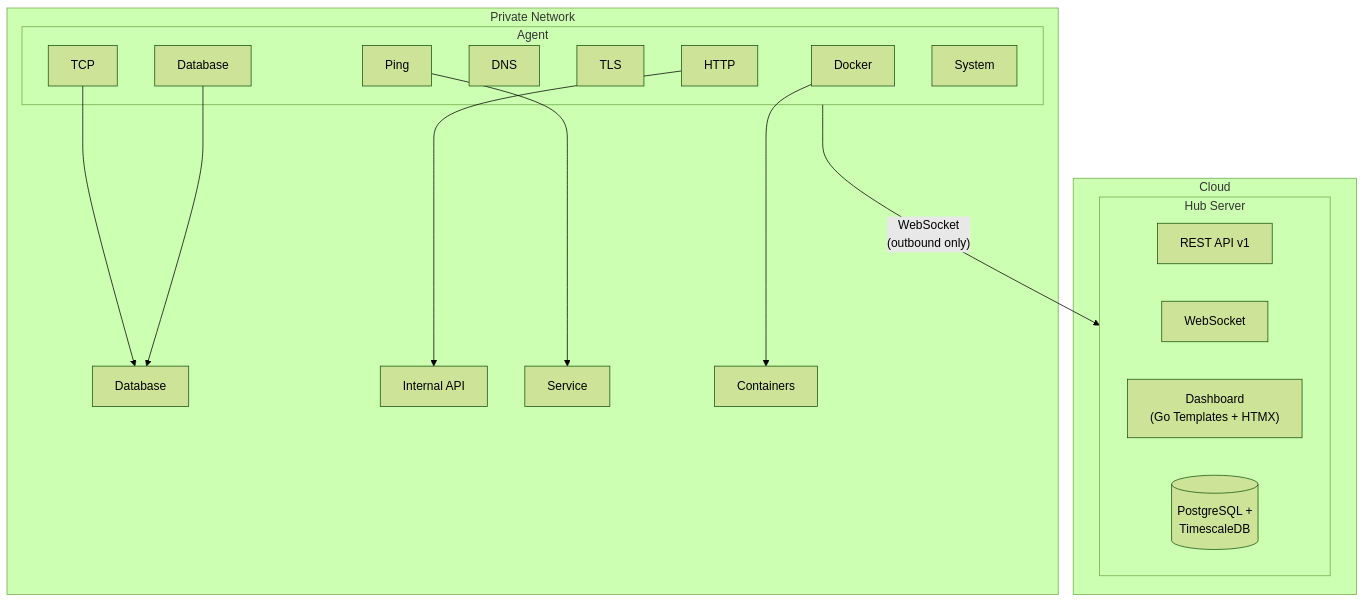
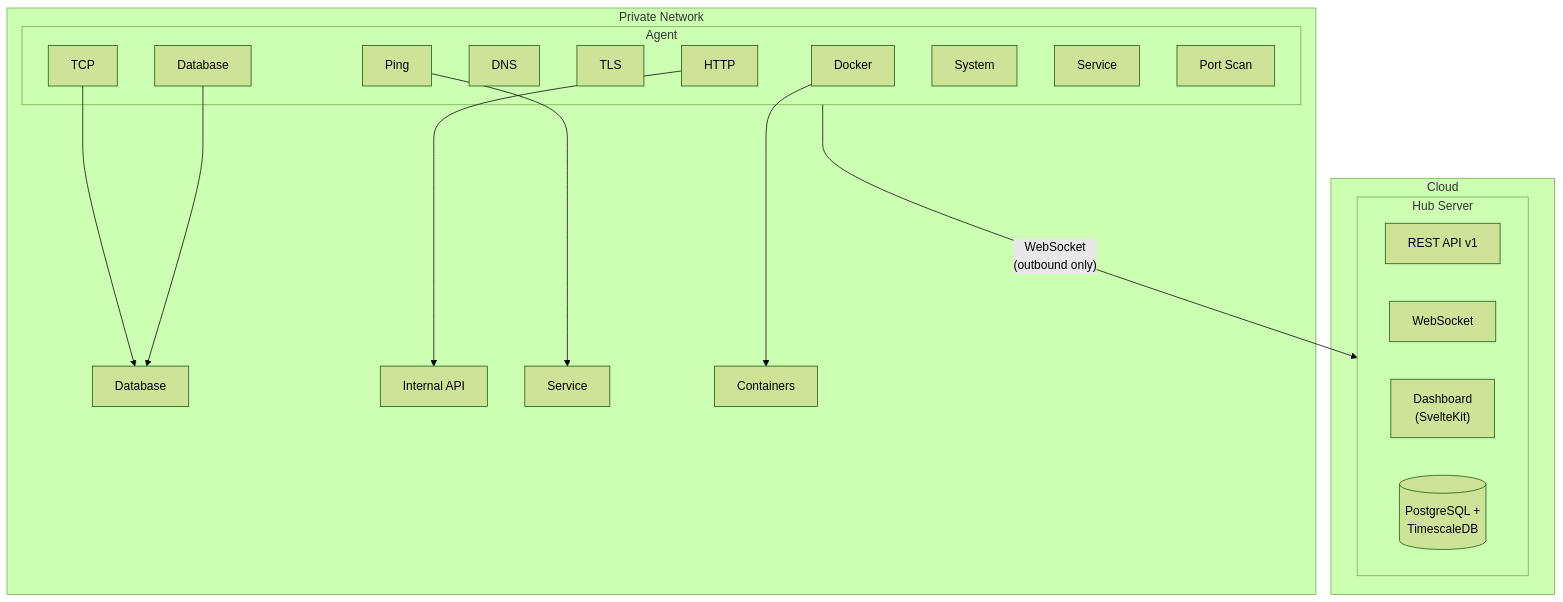
Before and after one commit to sylvester-francis/Watchdog: the second of 2 diagrams in README.md, drawn with Mermaid (forest theme). The commit also changed other lines of this file, not shown here.

````diff
--- a/README.md
+++ b/README.md
@@ -89,35 +91,37 @@
 ```mermaid
 graph TB
     subgraph Cloud
         subgraph Hub["Hub Server"]
             API["REST API v1"]
             WS["WebSocket"]
-            Dash["Dashboard<br/>(Go Templates + HTMX)"]
+            Dash["Dashboard<br/>(SvelteKit)"]
             DB[("PostgreSQL +<br/>TimescaleDB")]
         end
     end
 
     subgraph Net["Private Network"]
         subgraph Agent
             HTTP["HTTP"]
             TCP["TCP"]
             Ping["Ping"]
             DNS["DNS"]
             TLS["TLS"]
             Docker["Docker"]
             DBCheck["Database"]
             Sys["System"]
+            Svc["Service"]
+            PScan["Port Scan"]
         end
         T1["Database"]
         T2["Internal API"]
         T3["Service"]
         T4["Containers"]
     end
 
     Agent -- "WebSocket<br/>(outbound only)" --> Hub
     HTTP --> T2
     TCP --> T1
     Ping --> T3
     Docker --> T4
     DBCheck --> T1
 ```
````
